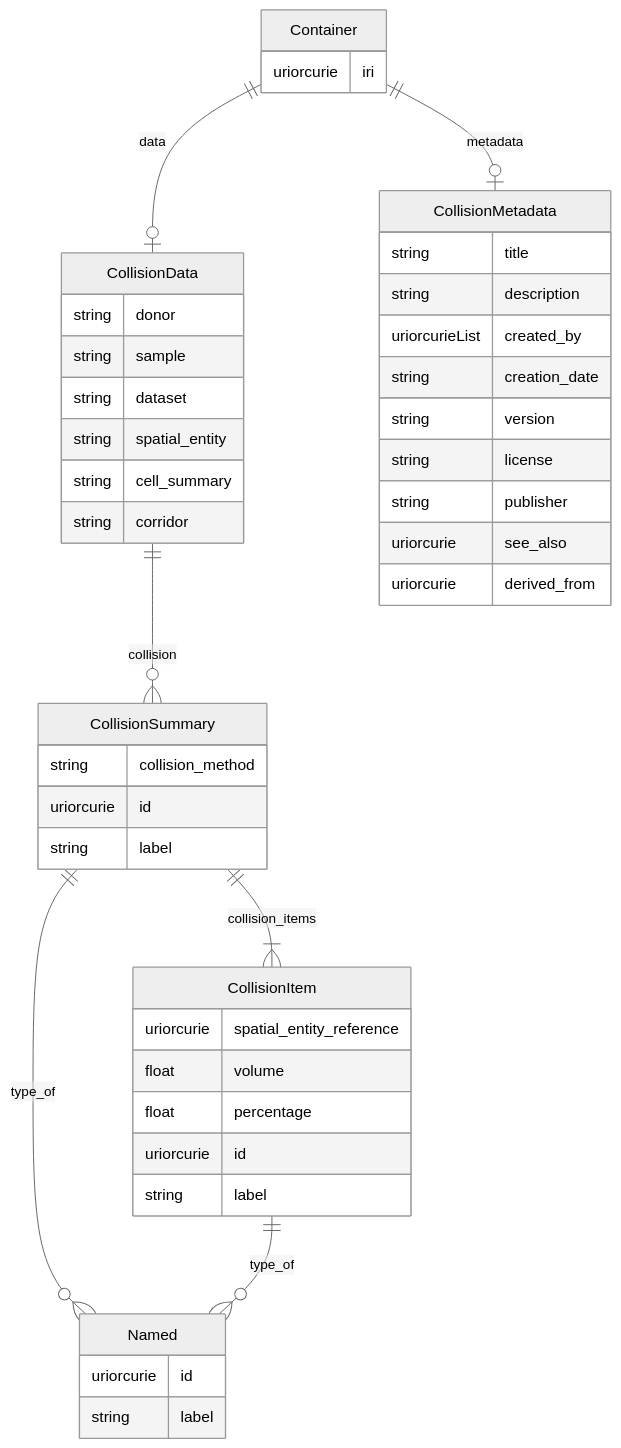
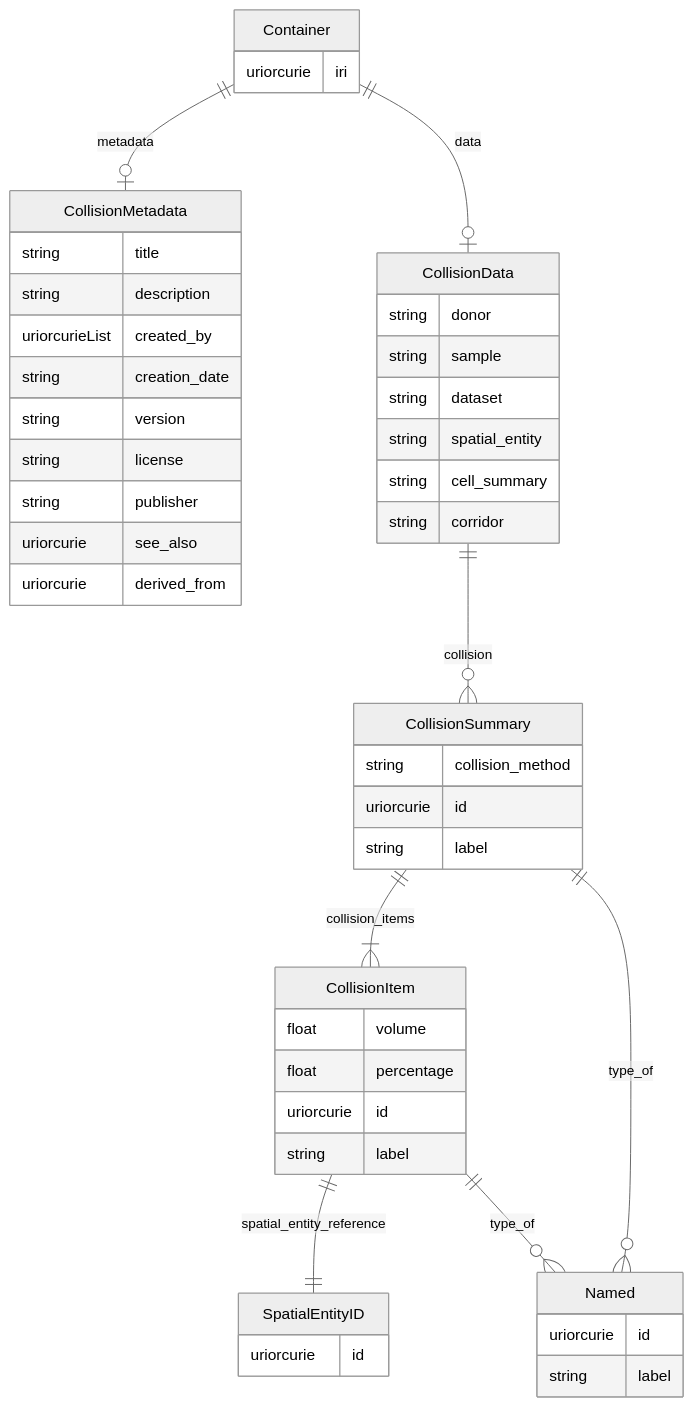
Before and after one commit to hubmapconsortium/hra-do-processor: the sixth of 18 diagrams in er-diagrams.md, drawn with Mermaid (neutral theme). The commit also changed other lines of this file and 12 other files, not shown here.

````diff
--- a/er-diagrams.md
+++ b/er-diagrams.md
@@ -297,49 +306,52 @@
 ```mermaid
 erDiagram
 Container {
     uriorcurie iri  
 }
 CollisionData {
     string donor  
     string sample  
     string dataset  
     string spatial_entity  
     string cell_summary  
     string corridor  
 }
 CollisionSummary {
     string collision_method  
     uriorcurie id  
     string label  
 }
 Named {
     uriorcurie id  
     string label  
 }
 CollisionItem {
-    uriorcurie spatial_entity_reference  
     float volume  
     float percentage  
     uriorcurie id  
     string label  
+}
+SpatialEntityID {
+    uriorcurie id  
 }
 CollisionMetadata {
     string title  
     string description  
     uriorcurieList created_by  
     string creation_date  
     string version  
     string license  
     string publisher  
     uriorcurie see_also  
     uriorcurie derived_from  
 }
 
 Container ||--|o CollisionMetadata : "metadata"
 Container ||--|o CollisionData : "data"
 CollisionData ||--}o CollisionSummary : "collision"
 CollisionSummary ||--}| CollisionItem : "collision_items"
 CollisionSummary ||--}o Named : "type_of"
+CollisionItem ||--|| SpatialEntityID : "spatial_entity_reference"
 CollisionItem ||--}o Named : "type_of"
 
 ```
````
